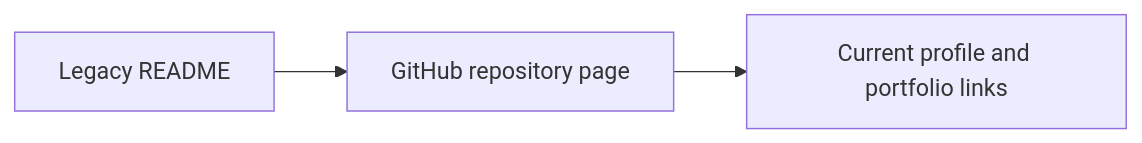
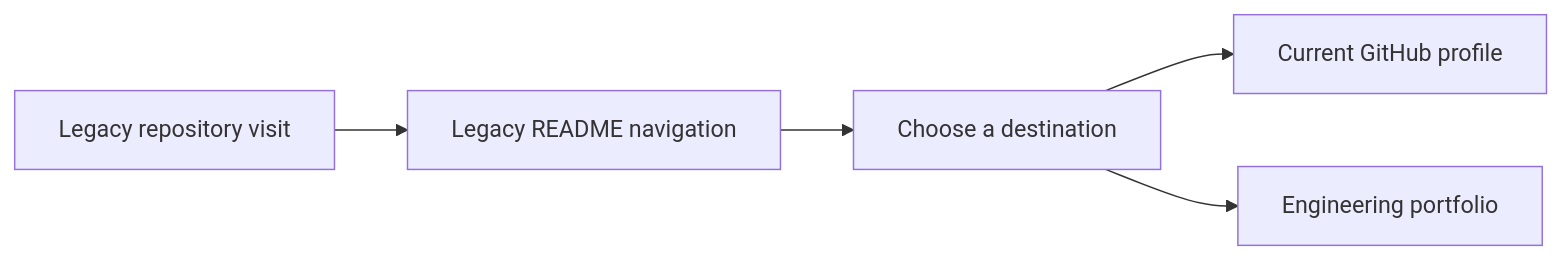
Before and after one commit to Klokesh493/Klokesh960: the diagram in docs/ARCHITECTURE.md, drawn with Mermaid. The commit also changed 1 other file, not shown here.

Commit message:
Show the project decision flow in its README

````diff
--- a/docs/ARCHITECTURE.md
+++ b/docs/ARCHITECTURE.md
@@ -5,7 +5,11 @@
 ```mermaid
 flowchart LR
-    N0["Legacy README"]
-    N1["GitHub repository page"]
-    N2["Current profile and portfolio links"]
-    N0 --> N1 --> N2
+    A["Legacy repository visit"]
+    B["Legacy README navigation"]
+    C["Choose a destination"]
+    D["Current GitHub profile"]
+    E["Engineering portfolio"]
+    A --> B --> C
+    C --> D
+    C --> E
 ```
````
